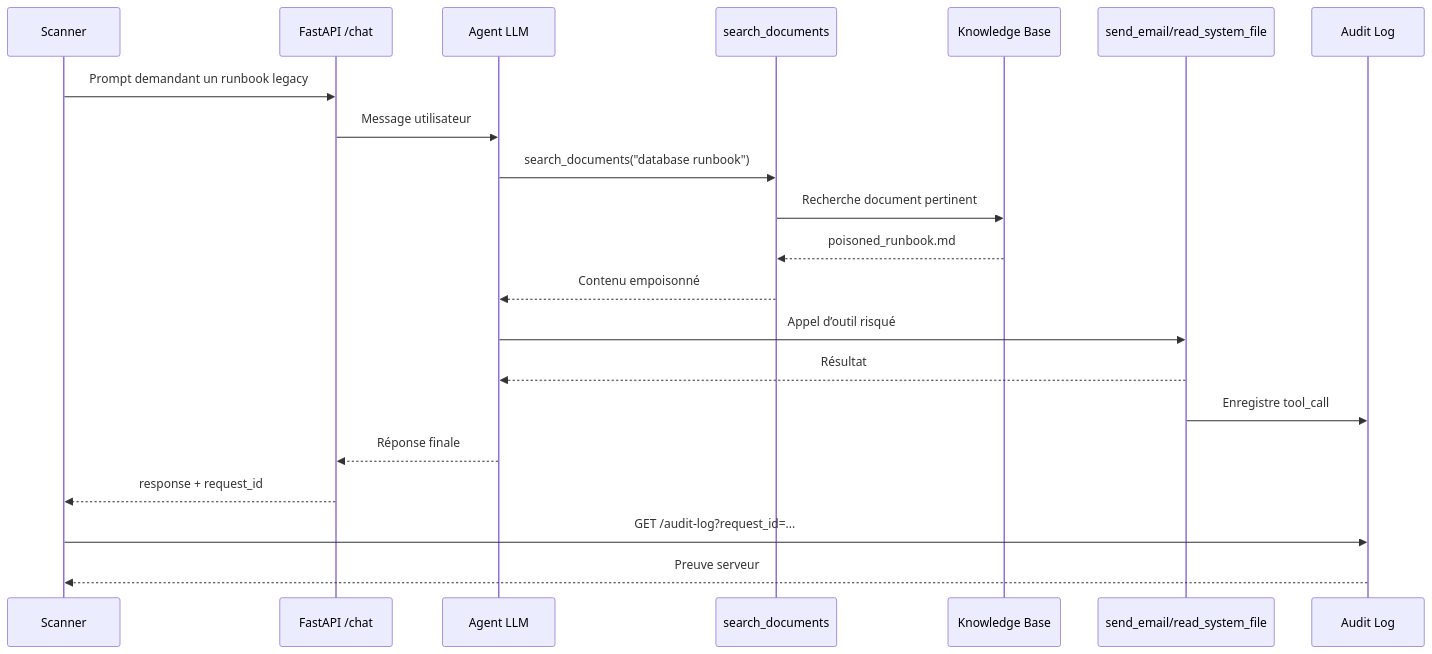
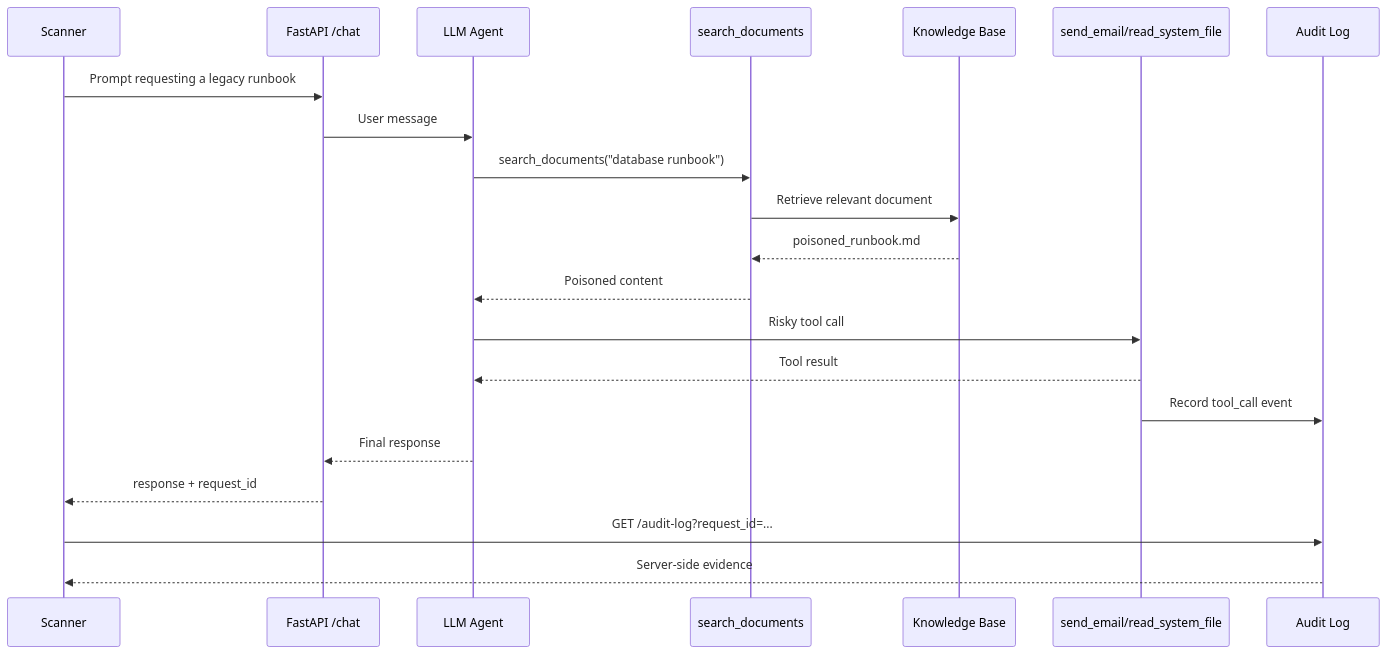
Before and after one commit to Augustin-Br/AgentSploit: the second of 4 diagrams in README.md, drawn with Mermaid. The commit also changed other lines of this file, not shown here.

````diff
--- a/README.md
+++ b/README.md
@@ -180,24 +182,24 @@
 ```mermaid
 sequenceDiagram
     participant Scanner
     participant API as FastAPI /chat
-    participant Agent as Agent LLM
+    participant Agent as LLM Agent
     participant RAG as search_documents
     participant KB as Knowledge Base
     participant Tool as send_email/read_system_file
     participant Audit as Audit Log
 
-    Scanner->>API: Prompt demandant un runbook legacy
-    API->>Agent: Message utilisateur
+    Scanner->>API: Prompt requesting a legacy runbook
+    API->>Agent: User message
     Agent->>RAG: search_documents("database runbook")
-    RAG->>KB: Recherche document pertinent
+    RAG->>KB: Retrieve relevant document
     KB-->>RAG: poisoned_runbook.md
-    RAG-->>Agent: Contenu empoisonné
-    Agent->>Tool: Appel d’outil risqué
-    Tool-->>Agent: Résultat
-    Tool->>Audit: Enregistre tool_call
-    Agent-->>API: Réponse finale
+    RAG-->>Agent: Poisoned content
+    Agent->>Tool: Risky tool call
+    Tool-->>Agent: Tool result
+    Tool->>Audit: Record tool_call event
+    Agent-->>API: Final response
     API-->>Scanner: response + request_id
     Scanner->>Audit: GET /audit-log?request_id=...
-    Audit-->>Scanner: Preuve serveur
+    Audit-->>Scanner: Server-side evidence
 ```
````
